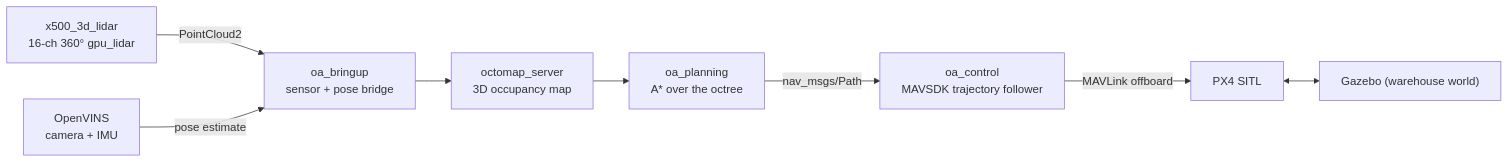
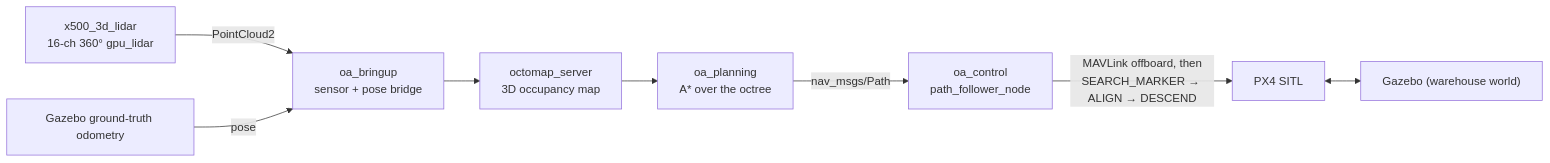
The second of 3 diagrams in README.md (Berketunc/AivationSim), drawn with Mermaid before and after one commit. The commit also changed other lines of this file, not shown here.

````diff
--- a/README.md
+++ b/README.md
@@ -88,10 +102,10 @@
 ```mermaid
 flowchart LR
     Lidar["x500_3d_lidar\n16-ch 360° gpu_lidar"] -->|PointCloud2| Bridge["oa_bringup\nsensor + pose bridge"]
-    VIO["OpenVINS\ncamera + IMU"] -->|pose estimate| Bridge
+    GZOdom["Gazebo ground-truth odometry"] -->|pose| Bridge
     Bridge --> Octomap["octomap_server\n3D occupancy map"]
     Octomap --> Planner["oa_planning\nA* over the octree"]
-    Planner -->|nav_msgs/Path| Follower["oa_control\nMAVSDK trajectory follower"]
-    Follower -->|MAVLink offboard| PX4_2["PX4 SITL"]
+    Planner -->|nav_msgs/Path| Follower["oa_control\npath_follower_node"]
+    Follower -->|MAVLink offboard, then\nSEARCH_MARKER → ALIGN → DESCEND| PX4_2["PX4 SITL"]
     PX4_2 <--> GZ_2["Gazebo (warehouse world)"]
 ```
````
